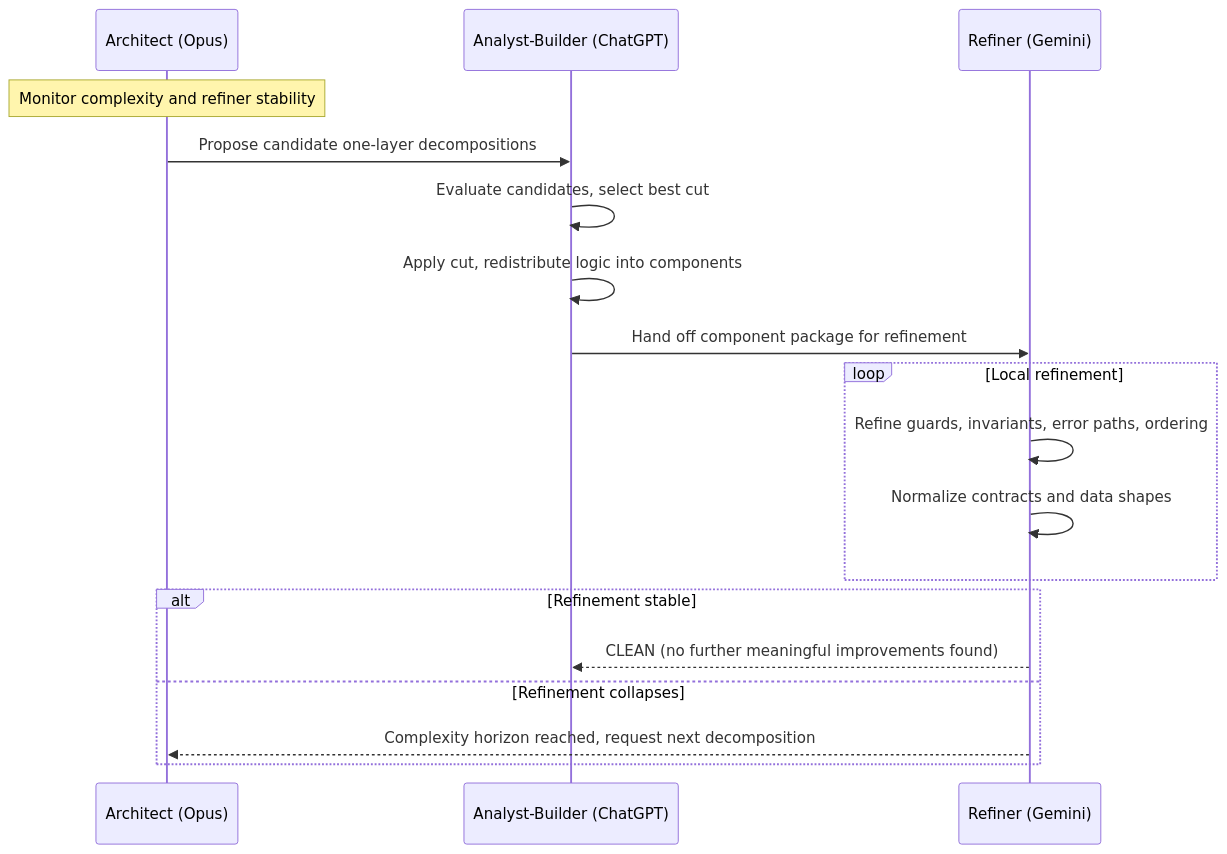
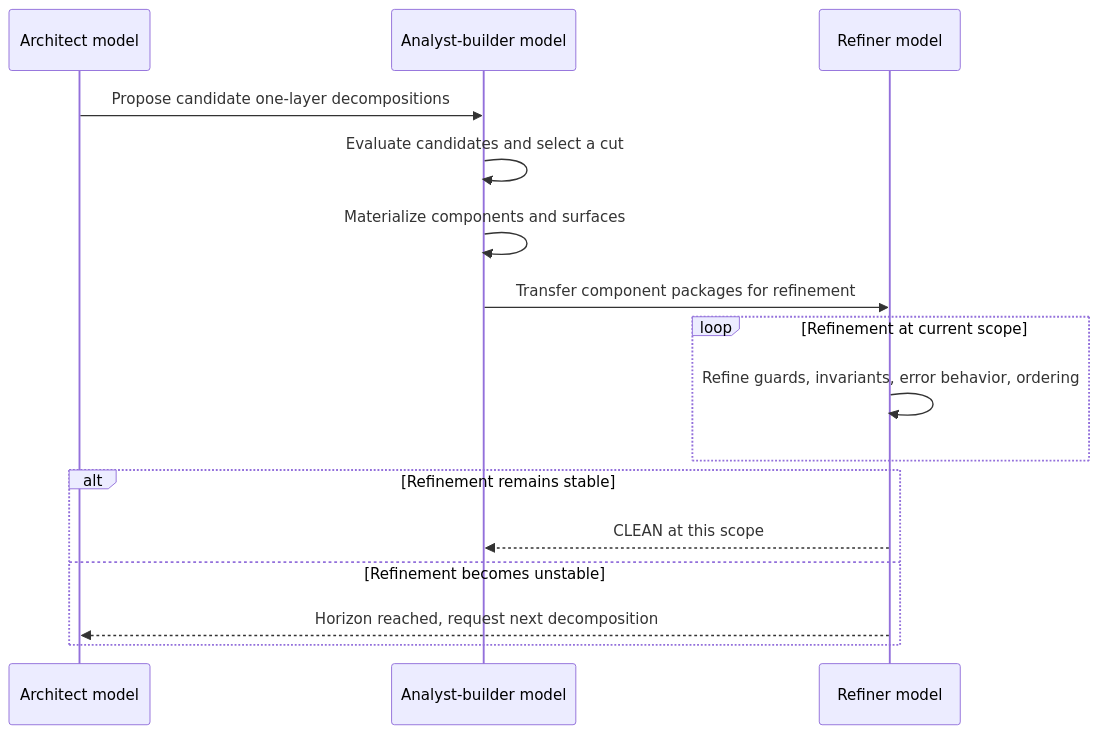
Before and after one commit to nestharus/ai-workflow: the second of 2 diagrams in .tasks/processes/cdd.md, drawn with Mermaid. The commit also changed other lines of this file and 11 other files, not shown here.

````diff
--- a/.tasks/processes/cdd.md
+++ b/.tasks/processes/cdd.md
@@ -104,23 +221,21 @@
 ```mermaid
 sequenceDiagram
-  participant O as Architect (Opus)
-  participant C as Analyst-Builder (ChatGPT)
-  participant G as Refiner (Gemini)
+  participant A as Architect model
+  participant B as Analyst-builder model
+  participant R as Refiner model
 
-  Note over O: Monitor complexity and refiner stability
-  O->>C: Propose candidate one-layer decompositions
-  C->>C: Evaluate candidates, select best cut
-  C->>C: Apply cut, redistribute logic into components
-  C->>G: Hand off component package for refinement
+  A->>B: Propose candidate one-layer decompositions
+  B->>B: Evaluate candidates and select a cut
+  B->>B: Materialize components and surfaces
+  B->>R: Transfer component packages for refinement
 
-  loop Local refinement
-    G->>G: Refine guards, invariants, error paths, ordering
-    G->>G: Normalize contracts and data shapes
+  loop Refinement at current scope
+    R->>R: Refine guards, invariants, error behavior, ordering
   end
 
-  alt Refinement stable
-    G-->>C: CLEAN (no further meaningful improvements found)
-  else Refinement collapses
-    G-->>O: Complexity horizon reached, request next decomposition
+  alt Refinement remains stable
+    R-->>B: CLEAN at this scope
+  else Refinement becomes unstable
+    R-->>A: Horizon reached, request next decomposition
   end
 ```
````
